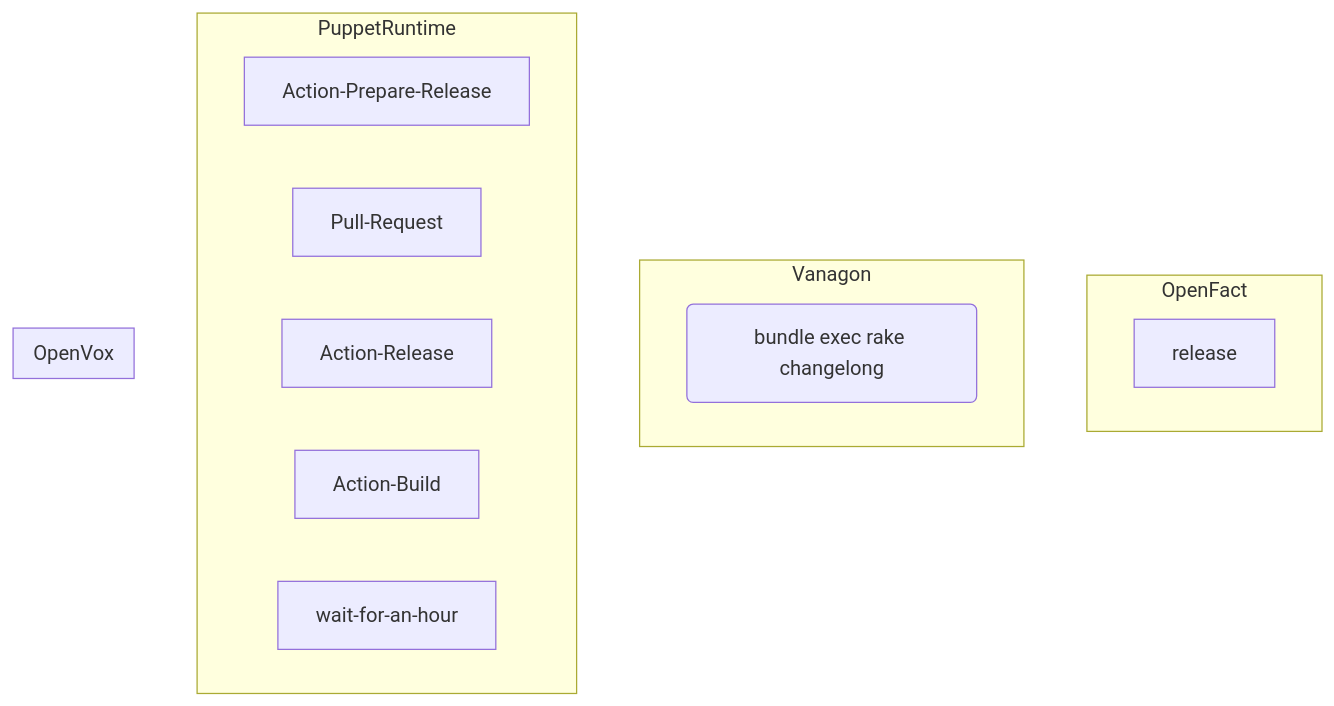
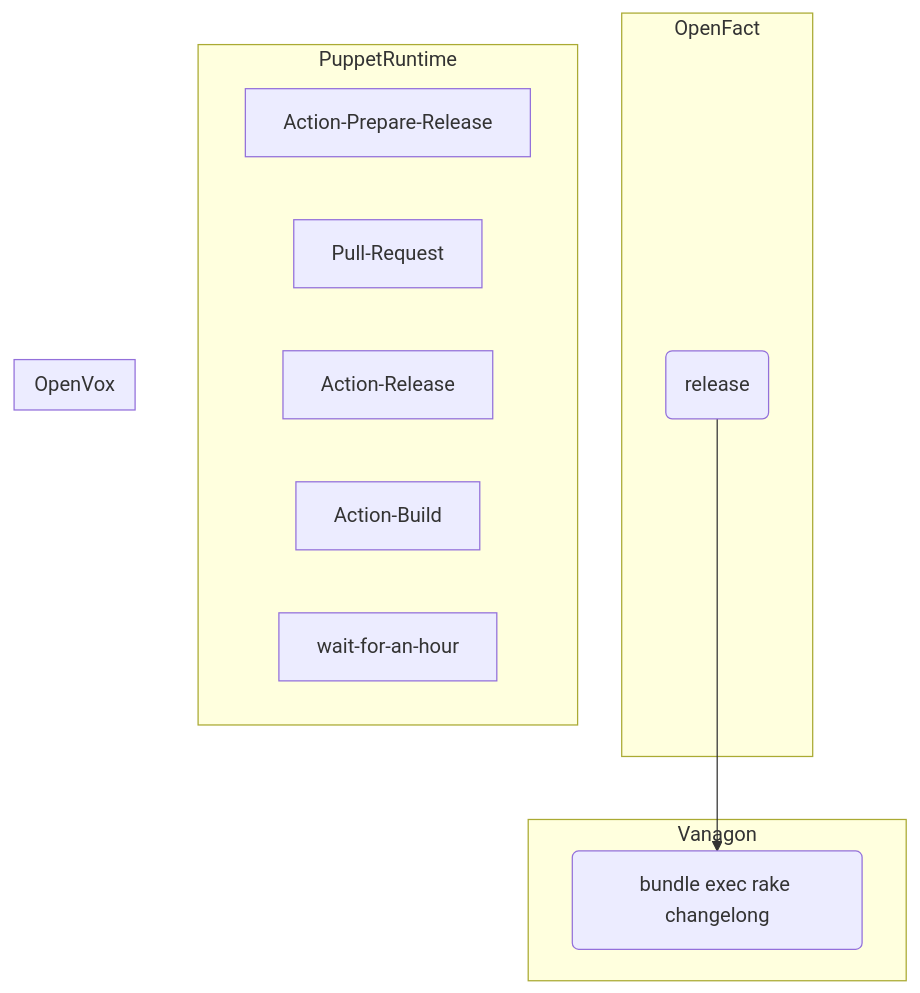
One commit to marcusdots/vanagon-documentation changed the second of 2 diagrams in vanagon_dokumentation.md. Above: the diagram before and after it, drawn with Mermaid.

````diff
--- a/vanagon_dokumentation.md
+++ b/vanagon_dokumentation.md
@@ -89,24 +89,26 @@
 ```mermaid
 graph TD;
 
+openfactrelease --> vanagonchangelog
+
 subgraph OpenFact
-  release
+  openfactrelease("release")
 end
 
 subgraph Vanagon
   vanagonchangelog("`bundle exec rake changelong`")
 end
 
 subgraph PuppetRuntime
   Action-Prepare-Release
   Pull-Request
   Action-Release
   Action-Build
   wait-for-an-hour
 end
 
 subgraph OpenVox
 
 end
 
 ```
````
